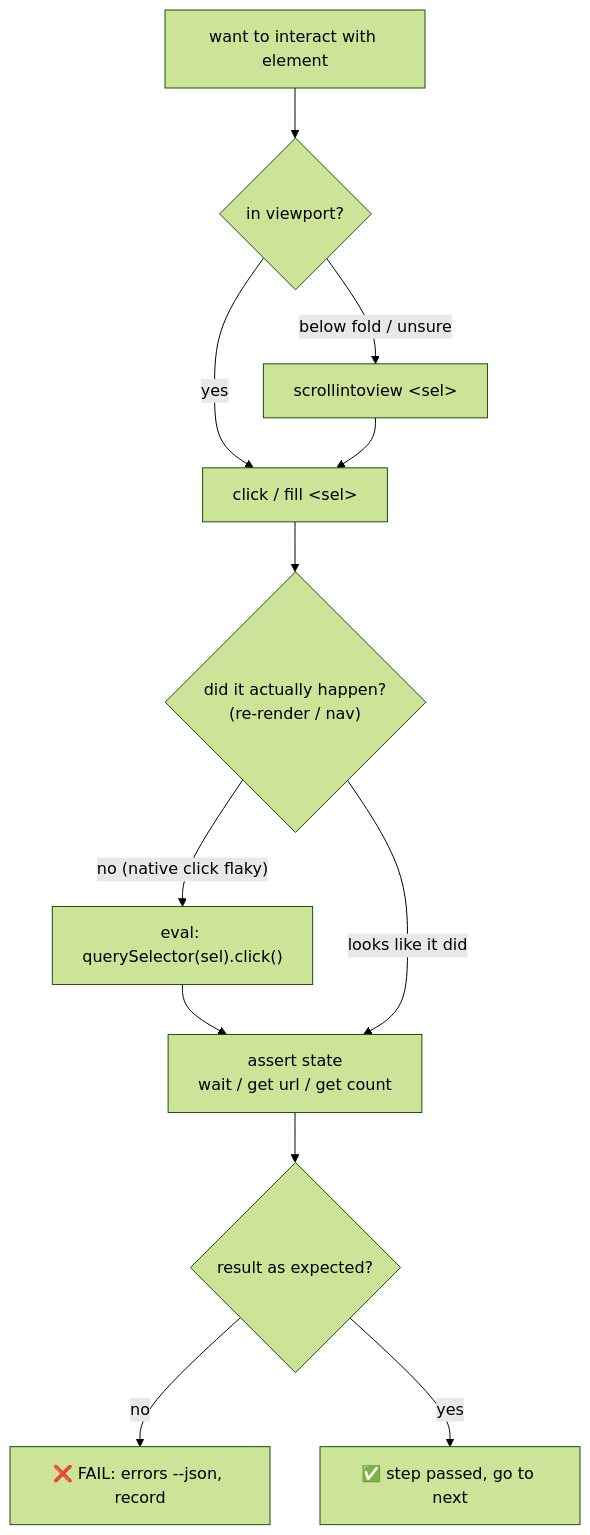
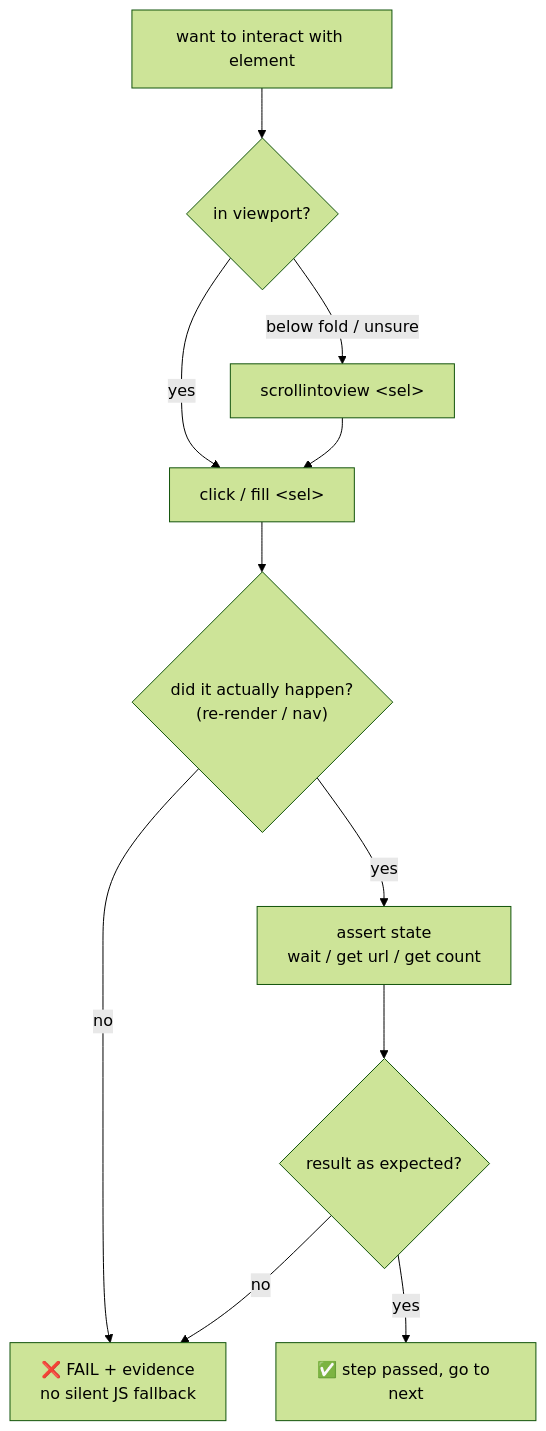
Before and after one commit to Teibto/teibto-browser-qa: the third of 6 diagrams in docs/ARCHITECTURE.md, drawn with Mermaid (forest theme). The commit also changed other lines of this file and 23 other files, not shown here.

Commit message:
feat:direct-cdp-flow-runner-48 (#50)

````diff
--- a/docs/ARCHITECTURE.md
+++ b/docs/ARCHITECTURE.md
@@ -51,14 +71,13 @@
 ```mermaid
 flowchart TD
     a["want to interact with element"] --> b{"in viewport?"}
     b -->|"below fold / unsure"| c["scrollintoview &lt;sel&gt;"]
     b -->|yes| d["click / fill &lt;sel&gt;"]
     c --> d
     d --> e{"did it actually happen?<br/>(re-render / nav)"}
-    e -->|"no (native click flaky)"| f["eval: querySelector(sel).click()"]
-    f --> g
-    e -->|"looks like it did"| g["assert state<br/>wait / get url / get count"]
+    e -->|no| x["❌ FAIL + evidence<br/>no silent JS fallback"]
+    e -->|yes| g["assert state<br/>wait / get url / get count"]
     g --> h{"result as expected?"}
-    h -->|no| x["❌ FAIL: errors --json, record"]
+    h -->|no| x
     h -->|yes| ok["✅ step passed, go to next"]
 ```
````
